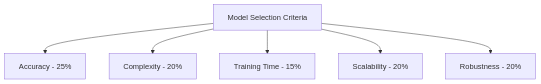
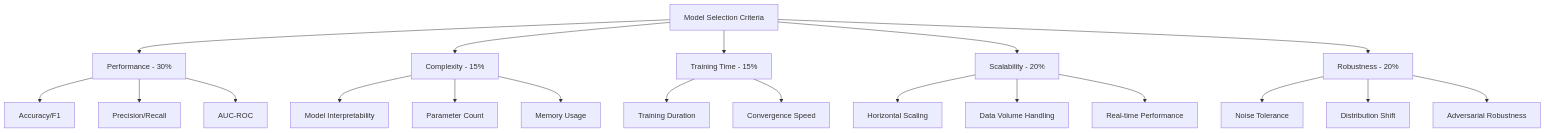
The fifth of 23 diagrams in README.md (Porta048/ml-models-complete-guide), drawn with Mermaid before and after one commit. The commit also changed other lines of this file, not shown here.

````diff
--- a/README.md
+++ b/README.md
@@ -115,9 +209,28 @@
 ```mermaid
 flowchart TD
     A[Model Selection Criteria]
-    A --> B[Accuracy - 25%]
-    A --> C[Complexity - 20%]
+    A --> B[Performance - 30%]
+    A --> C[Complexity - 15%]
     A --> D[Training Time - 15%]
     A --> E[Scalability - 20%]
     A --> F[Robustness - 20%]
+
+    B --> B1[Accuracy/F1]
+    B --> B2[Precision/Recall]
+    B --> B3[AUC-ROC]
+
+    C --> C1[Model Interpretability]
+    C --> C2[Parameter Count]
+    C --> C3[Memory Usage]
+
+    D --> D1[Training Duration]
+    D --> D2[Convergence Speed]
+
+    E --> E1[Horizontal Scaling]
+    E --> E2[Data Volume Handling]
+    E --> E3[Real-time Performance]
+
+    F --> F1[Noise Tolerance]
+    F --> F2[Distribution Shift]
+    F --> F3[Adversarial Robustness]
 ```
````
